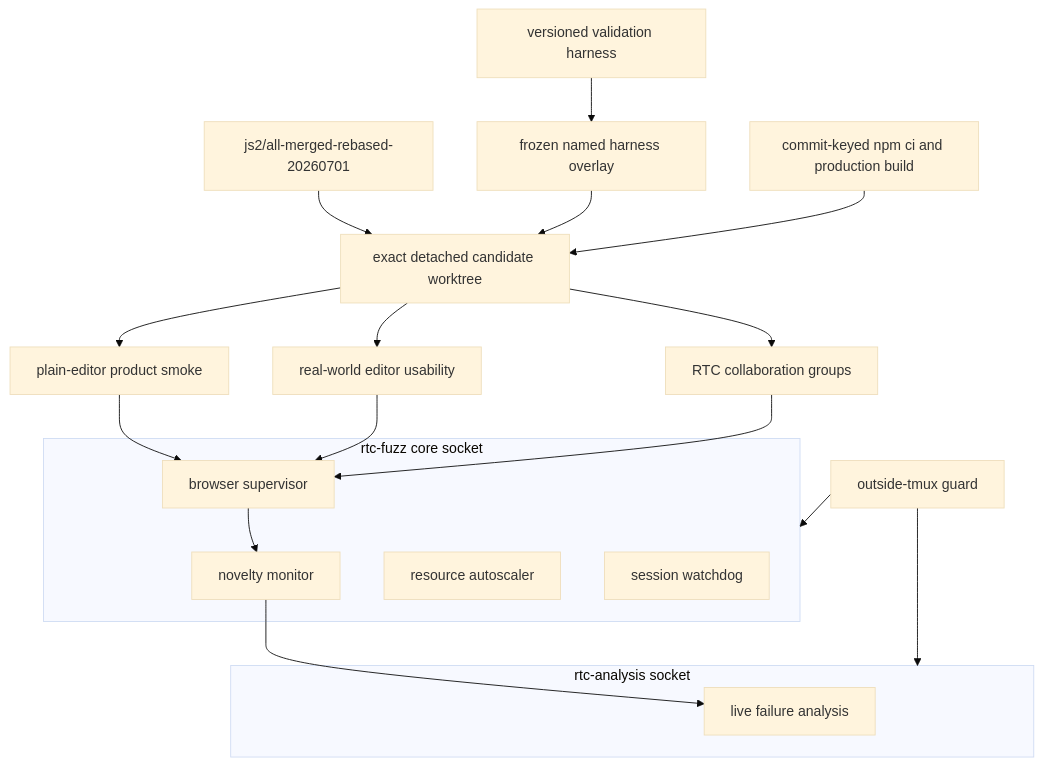
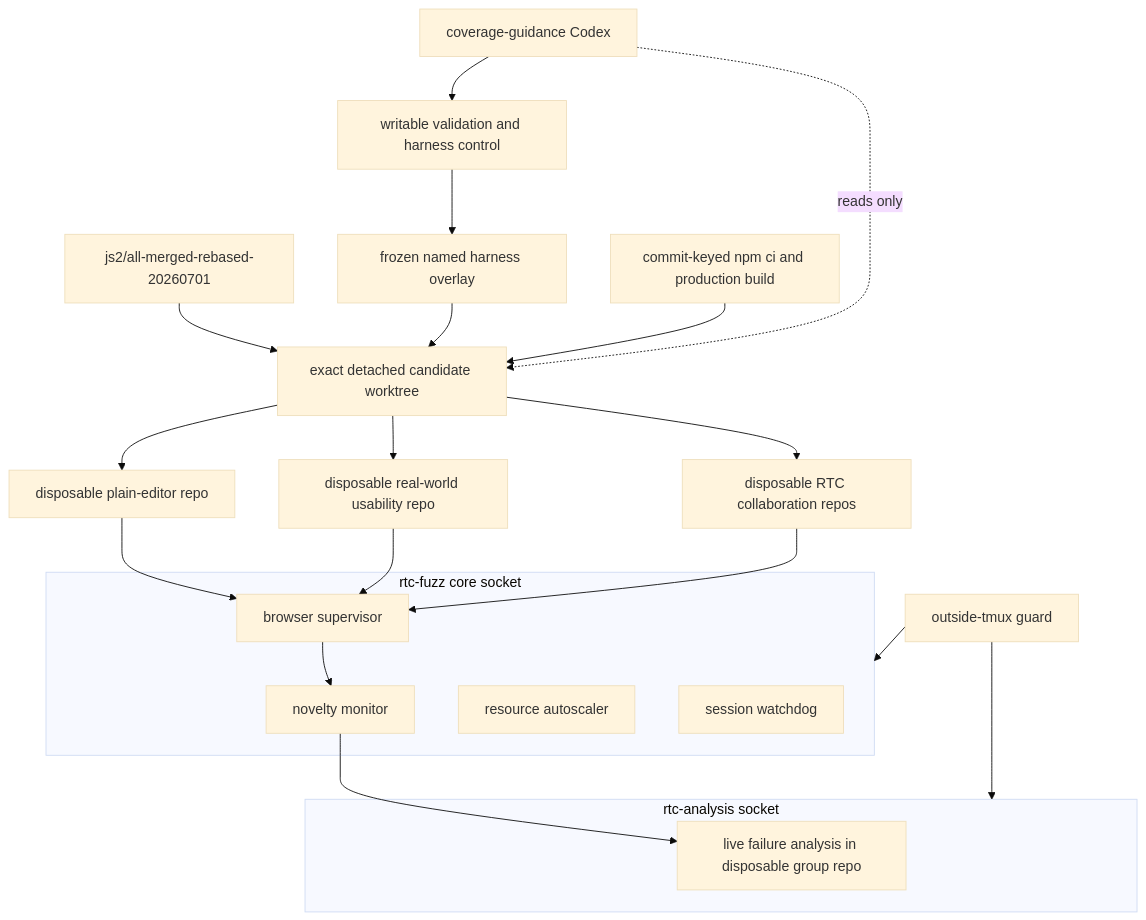
The first of 12 diagrams in docs/explanations/architecture/rtc-jetstream2-fuzzing-architecture-and-loops-20260515.md (danluu/gutenberg), drawn with Mermaid (base theme) before and after one commit. The commit also changed other lines of this file and 24 other files, not shown here.

````diff
--- a/docs/explanations/architecture/rtc-jetstream2-fuzzing-architecture-and-loops-20260515.md
+++ b/docs/explanations/architecture/rtc-jetstream2-fuzzing-architecture-and-loops-20260515.md
@@ -344,29 +595,32 @@
 ```mermaid
 flowchart TB
     Ref[js2/all-merged-rebased-20260701] --> Exact[exact detached candidate worktree]
-    Harness[versioned validation harness] --> Frozen[frozen named harness overlay]
+    Harness[writable validation and harness control] --> Frozen[frozen named harness overlay]
     Frozen --> Exact
     Deps[commit-keyed npm ci and production build] --> Exact
-    Exact --> G1[plain-editor product smoke]
-    Exact --> G2[real-world editor usability]
-    Exact --> G3[RTC collaboration groups]
+    Exact --> G1[disposable plain-editor repo]
+    Exact --> G2[disposable real-world usability repo]
+    Exact --> G3[disposable RTC collaboration repos]
 
     subgraph Core[rtc-fuzz core socket]
         Monitor[novelty monitor]
         Supervisor[browser supervisor]
         Resource[resource autoscaler]
         Watchdog[session watchdog]
     end
 
     subgraph Analysis[rtc-analysis socket]
-        Live[live failure analysis]
+        Live[live failure analysis in disposable group repo]
     end
+
+    Guidance[coverage-guidance Codex] --> Harness
+    Guidance -. reads only .-> Exact
 
     G1 --> Supervisor
     G2 --> Supervisor
     G3 --> Supervisor
     Supervisor --> Monitor
     Monitor --> Live
     Guard[outside-tmux guard] --> Core
     Guard --> Analysis
 ```
````
